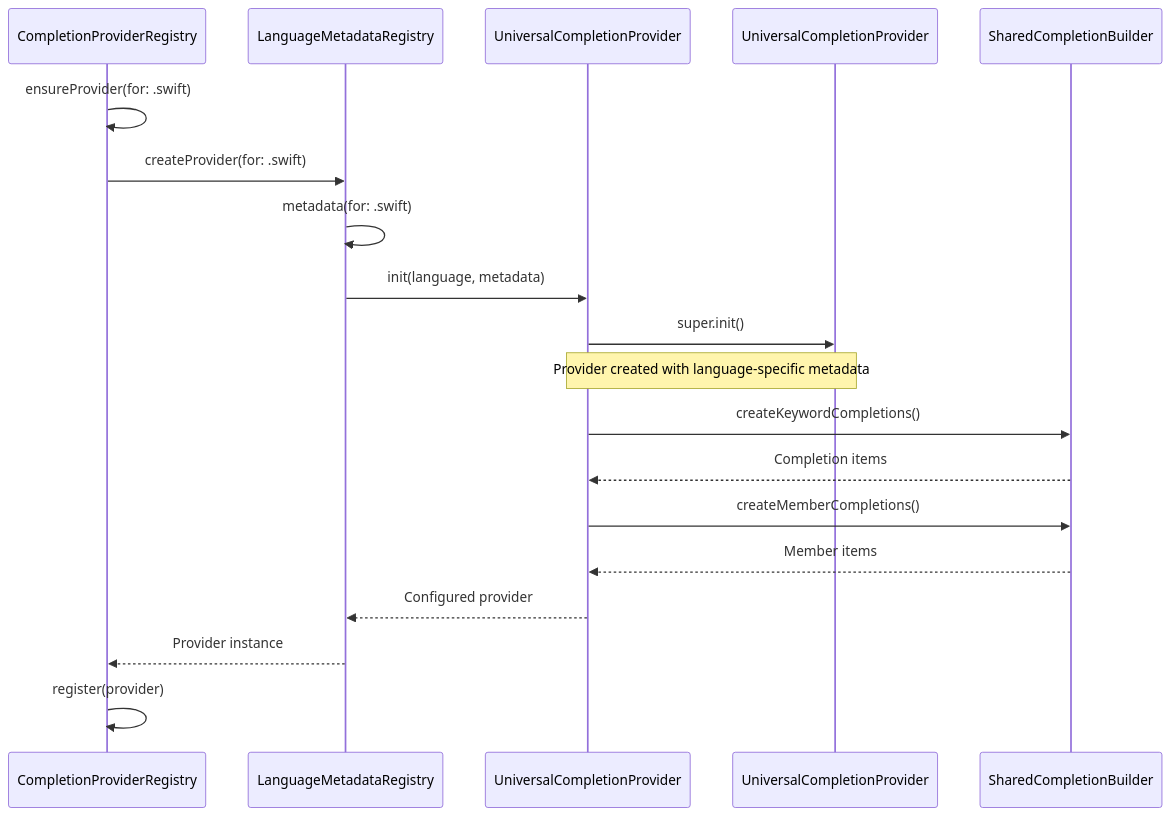
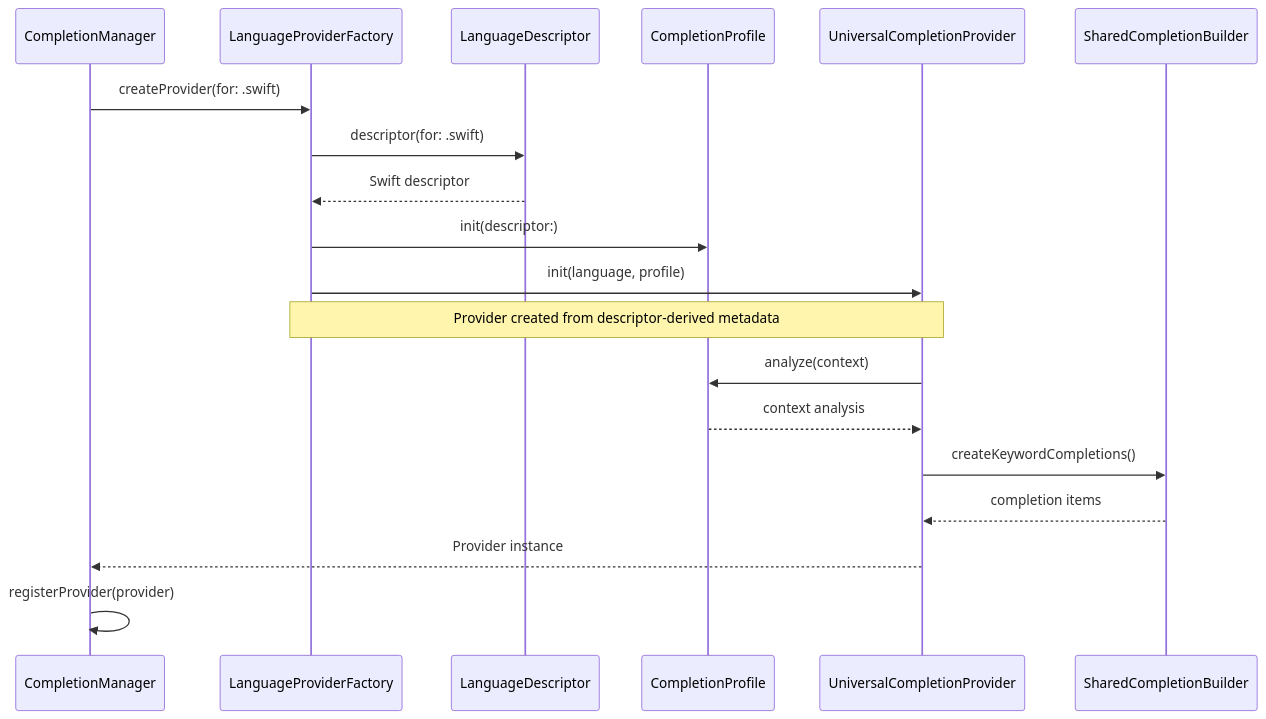
Before and after one commit to ajmcclary/CodeEditorKit: the fourth of 4 diagrams in docs/Diagrams/07-completion-system-architecture.md, drawn with Mermaid. The commit also changed other lines of this file and 26 other files, not shown here.

````diff
--- a/docs/Diagrams/07-completion-system-architecture.md
+++ b/docs/Diagrams/07-completion-system-architecture.md
@@ -479,25 +474,25 @@
 ```mermaid
 sequenceDiagram
-    participant Registry as CompletionProviderRegistry
-    participant Metadata as LanguageMetadataRegistry
+    participant Manager as CompletionManager
+    participant Factory as LanguageProviderFactory
+    participant Descriptor as LanguageDescriptor
+    participant Profile as CompletionProfile
     participant Universal as UniversalCompletionProvider
-    participant BaseProvider as UniversalCompletionProvider
     participant Builder as SharedCompletionBuilder
     
-    Registry->>Registry: ensureProvider(for: .swift)
-    Registry->>Metadata: createProvider(for: .swift)
-    Metadata->>Metadata: metadata(for: .swift)
-    Metadata->>Universal: init(language, metadata)
-    Universal->>BaseProvider: super.init()
+    Manager->>Factory: createProvider(for: .swift)
+    Factory->>Descriptor: descriptor(for: .swift)
+    Descriptor-->>Factory: Swift descriptor
+    Factory->>Profile: init(descriptor:)
+    Factory->>Universal: init(language, profile)
     
-    Note over Universal,BaseProvider: Provider created with language-specific metadata
+    Note over Factory,Universal: Provider created from descriptor-derived metadata
     
+    Universal->>Profile: analyze(context)
+    Profile-->>Universal: context analysis
     Universal->>Builder: createKeywordCompletions()
-    Builder-->>Universal: Completion items
-    Universal->>Builder: createMemberCompletions()
-    Builder-->>Universal: Member items
+    Builder-->>Universal: completion items
     
-    Universal-->>Metadata: Configured provider
-    Metadata-->>Registry: Provider instance
-    Registry->>Registry: register(provider)
+    Universal-->>Manager: Provider instance
+    Manager->>Manager: registerProvider(provider)
 ```
````
